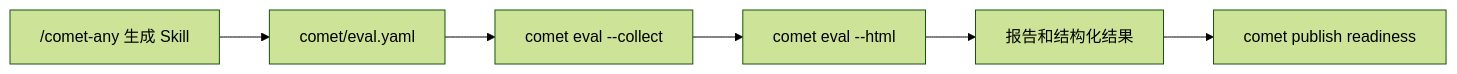
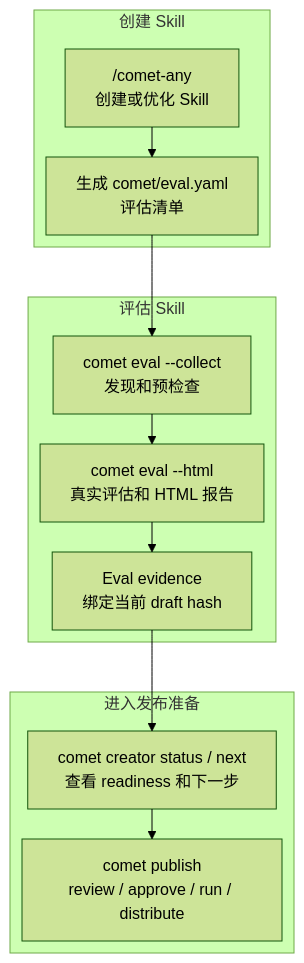
Before and after one commit to rpamis/comet-website-docs: the second of 2 diagrams in zh/eval/overview.mdx, drawn with Mermaid (forest theme). The commit also changed other lines of this file and 23 other files, not shown here.

````diff
--- a/zh/eval/overview.mdx
+++ b/zh/eval/overview.mdx
@@ -35,8 +221,25 @@
 ```mermaid
-flowchart LR
-  A["/comet-any 生成 Skill"] --> B["comet/eval.yaml"]
-  B --> C["comet eval --collect"]
-  C --> D["comet eval --html"]
-  D --> E["报告和结构化结果"]
-  E --> F["comet publish readiness"]
+%%{init: {'flowchart': {'defaultRenderer': 'elk'}}}%%
+flowchart TB
+  subgraph Create["创建 Skill"]
+    A["/comet-any<br/>创建或优化 Skill"]
+    B["生成 comet/eval.yaml<br/>评估清单"]
+    A --> B
+  end
+
+  subgraph Eval["评估 Skill"]
+    C["comet eval --collect<br/>发现和预检查"]
+    D["comet eval --html<br/>真实评估和 HTML 报告"]
+    E["Eval evidence<br/>绑定当前 draft hash"]
+    C --> D --> E
+  end
+
+  subgraph Publish["进入发布准备"]
+    F["comet creator status / next<br/>查看 readiness 和下一步"]
+    G["comet publish<br/>review / approve / run / distribute"]
+    F --> G
+  end
+
+  B --> C
+  E --> F
 ```
````
